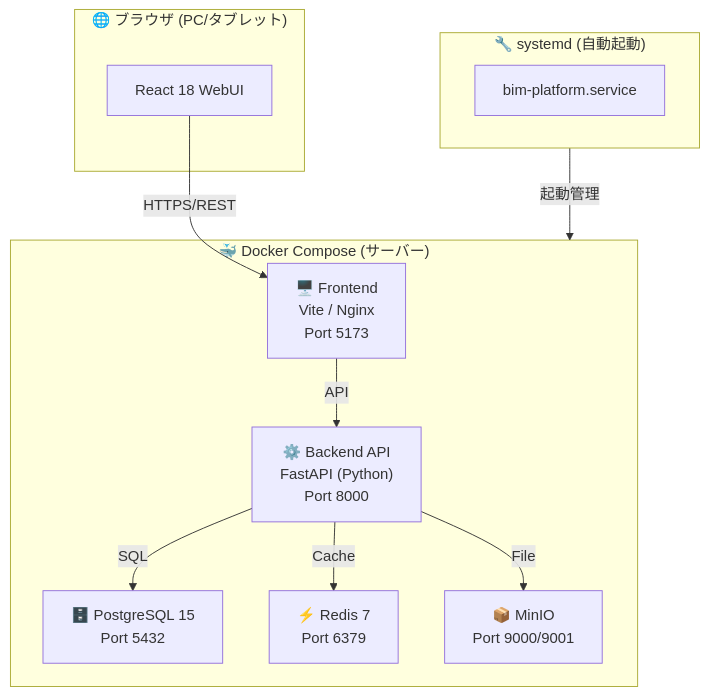
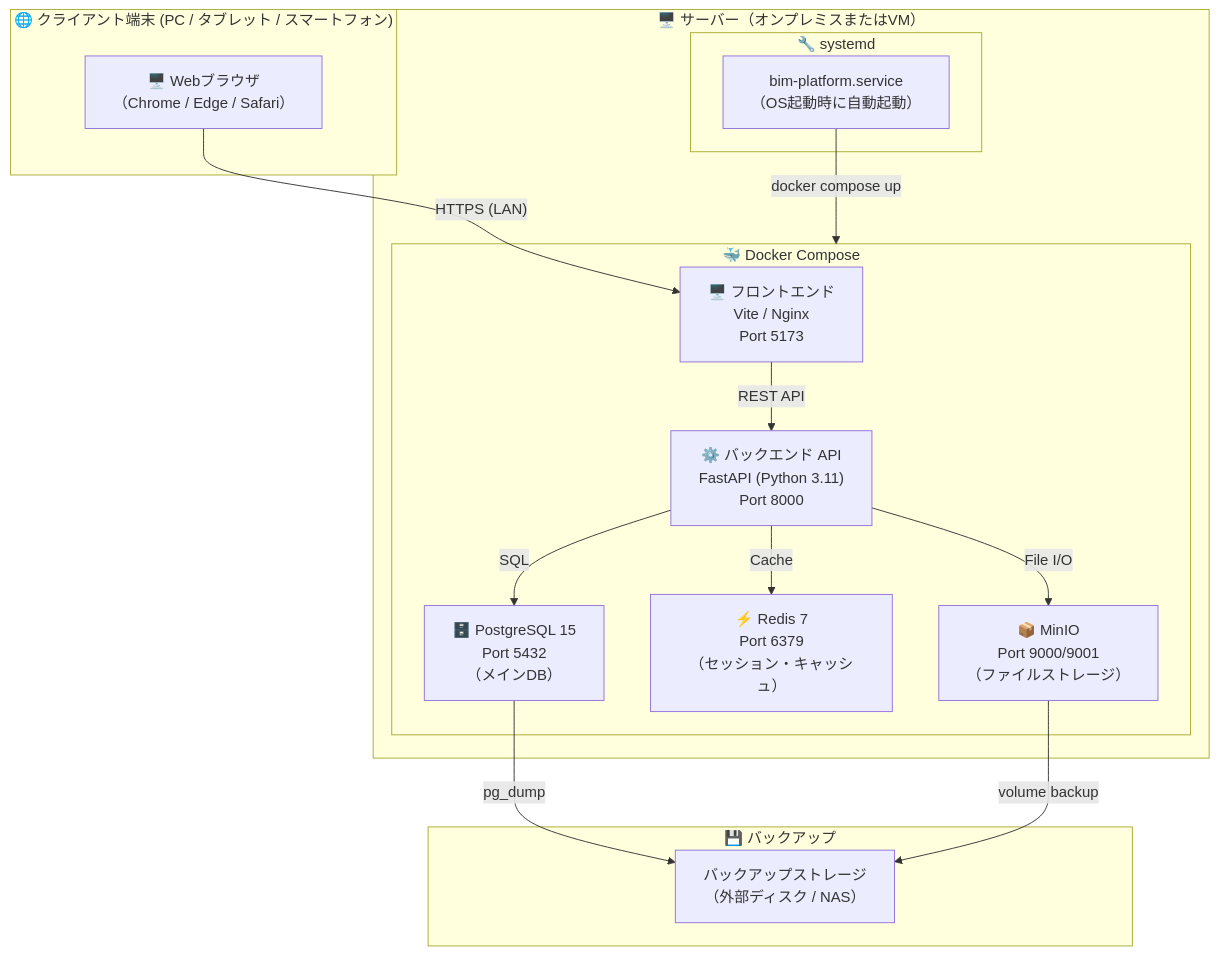
One commit to Kensan196948G/Open-BIM-Information-Platform changed the first of 7 diagrams in docs/IT_SETUP.md. Above: the diagram before and after it, drawn with Mermaid. The commit also changed other lines of this file and 1 other file, not shown here.

First line of the commit message:
docs: rewrite IT_SETUP.md and TECH_STACK.md with diagrams

````diff
--- a/docs/IT_SETUP.md
+++ b/docs/IT_SETUP.md
@@ -22,25 +25,33 @@
 ```mermaid
 graph TB
-    subgraph ブラウザ["🌐 ブラウザ (PC/タブレット)"]
-        UI["React 18 WebUI"]
+    subgraph Client["🌐 クライアント端末 (PC / タブレット / スマートフォン)"]
+        Browser["🖥️ Webブラウザ\n（Chrome / Edge / Safari）"]
     end
 
-    subgraph Docker["🐳 Docker Compose (サーバー)"]
-        FE["🖥️ Frontend\nVite / Nginx\nPort 5173"]
-        BE["⚙️ Backend API\nFastAPI (Python)\nPort 8000"]
-        DB["🗄️ PostgreSQL 15\nPort 5432"]
-        RD["⚡ Redis 7\nPort 6379"]
-        MN["📦 MinIO\nPort 9000/9001"]
+    subgraph Server["🖥️ サーバー（オンプレミスまたはVM）"]
+        subgraph Docker["🐳 Docker Compose"]
+            FE["🖥️ フロントエンド\nVite / Nginx\nPort 5173"]
+            BE["⚙️ バックエンド API\nFastAPI (Python 3.11)\nPort 8000"]
+            DB["🗄️ PostgreSQL 15\nPort 5432\n（メインDB）"]
+            RD["⚡ Redis 7\nPort 6379\n（セッション・キャッシュ）"]
+            MN["📦 MinIO\nPort 9000/9001\n（ファイルストレージ）"]
+        end
+
+        subgraph SystemD["🔧 systemd"]
+            SVC["bim-platform.service\n（OS起動時に自動起動）"]
+        end
     end
 
-    subgraph SystemD["🔧 systemd (自動起動)"]
-        SVC["bim-platform.service"]
+    subgraph Backup["💾 バックアップ"]
+        BK["バックアップストレージ\n（外部ディスク / NAS）"]
     end
 
-    UI -->|HTTPS/REST| FE
-    FE -->|API| BE
-    BE -->|SQL| DB
-    BE -->|Cache| RD
-    BE -->|File| MN
-    SystemD -->|起動管理| Docker
+    Browser -->|"HTTPS (LAN)"| FE
+    FE -->|"REST API"| BE
+    BE -->|"SQL"| DB
+    BE -->|"Cache"| RD
+    BE -->|"File I/O"| MN
+    SVC -->|"docker compose up"| Docker
+    DB -->|"pg_dump"| BK
+    MN -->|"volume backup"| BK
 ```
````
